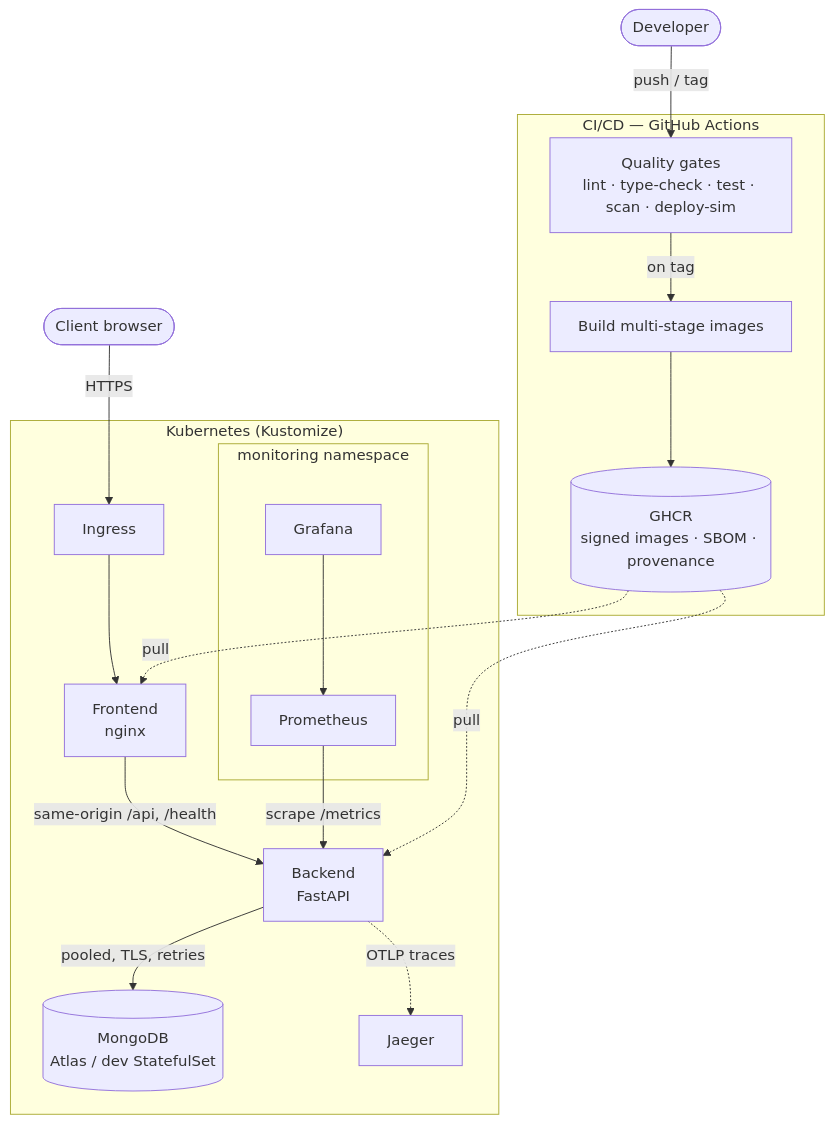
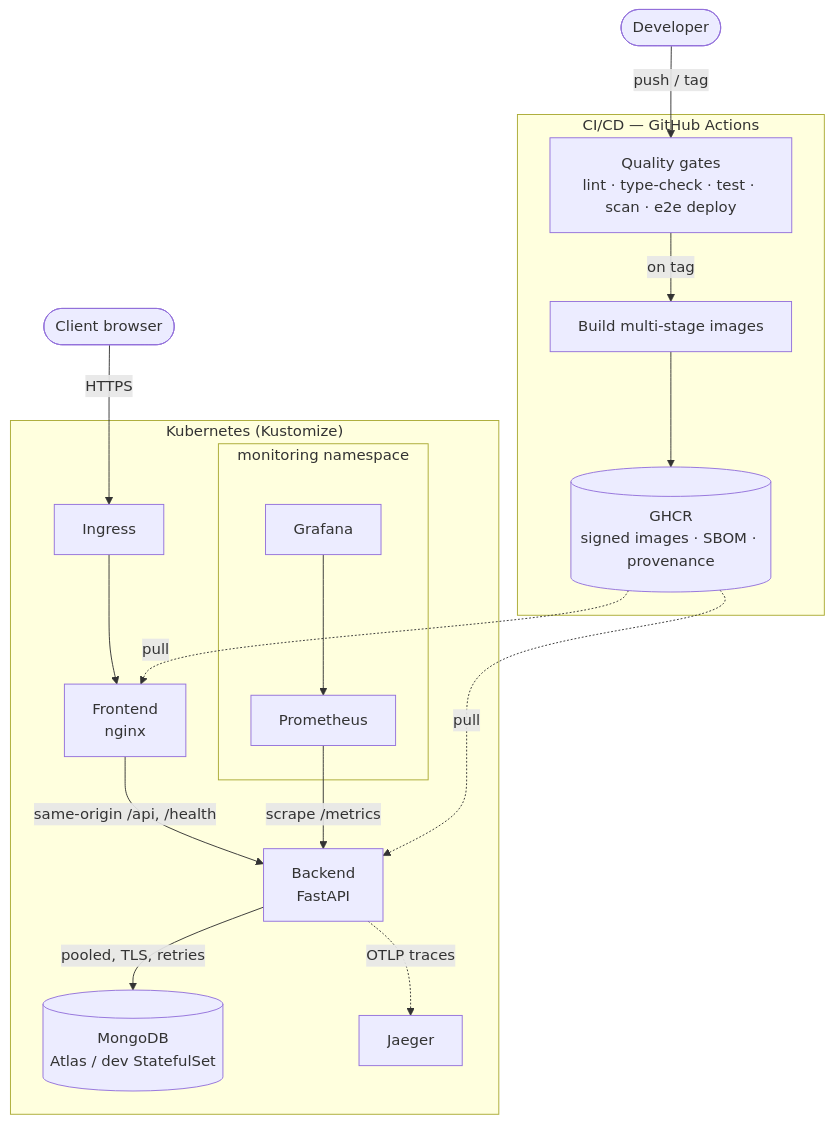
One commit to Carlosmarroquin20/Automated-Cloud-Architecture-for-MongoDB-Backed-Microservices changed the second of 2 diagrams in README.md. Above: the diagram before and after it, drawn with Mermaid. The commit also changed other lines of this file and 1 other file, not shown here.

````diff
--- a/README.md
+++ b/README.md
@@ -69,27 +69,27 @@
 ```mermaid
 flowchart TB
     dev(["Developer"]) -->|"push / tag"| gha
 
     subgraph cicd ["CI/CD — GitHub Actions"]
-        gha["Quality gates<br/>lint · type-check · test · scan · deploy-sim"]
+        gha["Quality gates<br/>lint · type-check · test · scan · e2e deploy"]
         gha -->|on tag| img["Build multi-stage images"]
         img --> ghcr[("GHCR<br/>signed images · SBOM · provenance")]
     end
 
     subgraph cluster ["Kubernetes (Kustomize)"]
         ing["Ingress"] --> fe["Frontend<br/>nginx"]
         fe -->|"same-origin /api, /health"| be["Backend<br/>FastAPI"]
         be -->|"pooled, TLS, retries"| db[("MongoDB<br/>Atlas / dev StatefulSet")]
 
         subgraph mon ["monitoring namespace"]
             prom["Prometheus"]
             graf["Grafana"] --> prom
         end
         prom -->|"scrape /metrics"| be
         be -.->|"OTLP traces"| jae["Jaeger"]
     end
 
     user(["Client browser"]) -->|HTTPS| ing
     ghcr -.->|pull| fe
     ghcr -.->|pull| be
 ```
````
